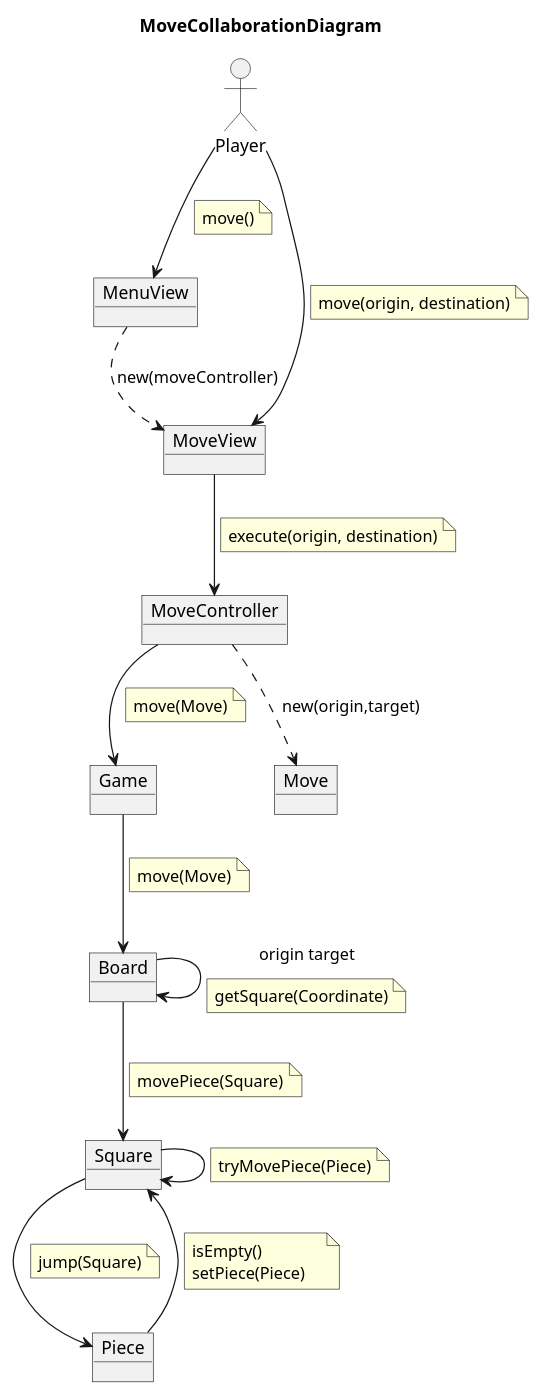
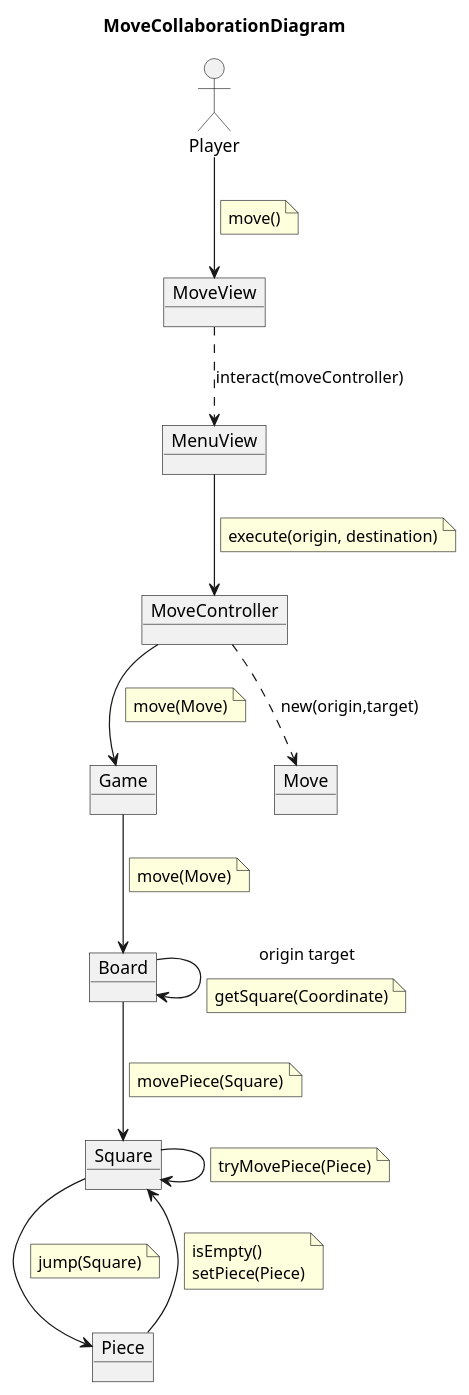
One commit to Master-Desarrollo-20-21/patrones-diseno---practica-final---juego-de-las-damas-fraylopez changed the diagram in docs/src/analysis/use-cases/move-colab.plantuml. Above: the diagram before and after it, drawn with PlantUML. The commit also changed 19 other files, not shown here.

```diff
--- a/docs/src/analysis/use-cases/move-colab.plantuml
+++ b/docs/src/analysis/use-cases/move-colab.plantuml
@@ -1,70 +1,65 @@
 @startuml MoveCollaborationDiagram
 title MoveCollaborationDiagram
 
 allow_mixing
 ' left to right direction
 
 actor Player
 object MenuView
 object MoveView
 object MoveController
 object Game
 object Move
 object Board
 object Piece
 object Square
 
-Player --> MenuView
+Player --> MoveView
 note on link
     move()
 end note
-MenuView ..> MoveView : new(moveController)
+MoveView ..> MenuView : interact(moveController)
 
-Player --> MoveView
-note on link
-    move(origin, destination)
-end note
-
-MoveView --> MoveController
+MenuView --> MoveController
 note on link
     execute(origin, destination)
 end note
 
 MoveController --> Game
 note on link
     move(Move)
 end note
 
 MoveController ..> Move : new(origin,target)
 
 Game --> Board
 note on link
     move(Move)
 end note
 
 Square --> Piece
 note on link
     jump(Square)
 end note
 
 Board --> Board : origin target
 note on link
     getSquare(Coordinate)
 end note
 
 Board --> Square
 note on link
     movePiece(Square)
 end note
 
 Square --> Square
 note on link
     tryMovePiece(Piece)
 end note
 
 Piece --> Square
 note on link
     isEmpty()
-    setPiece(Piece)    
+    setPiece(Piece)
 end note
 @enduml
```
